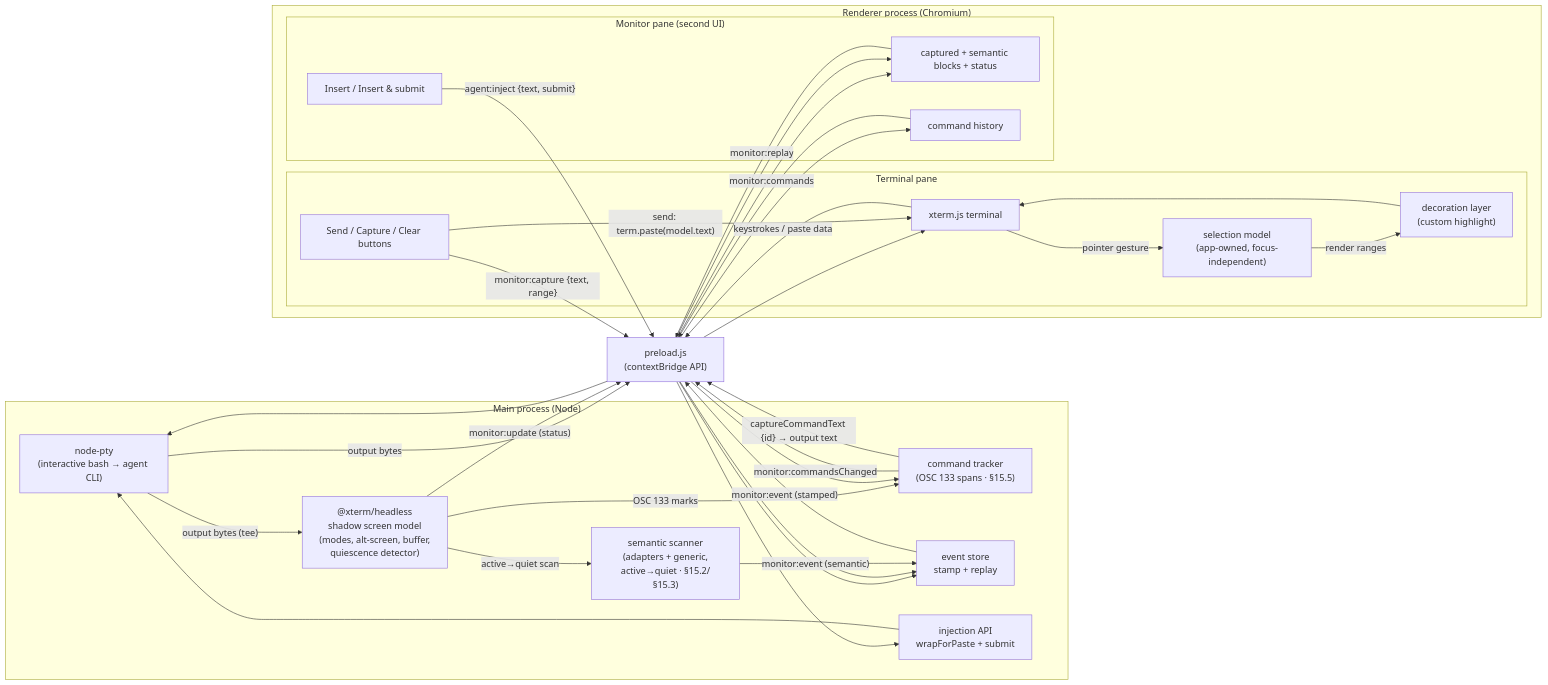
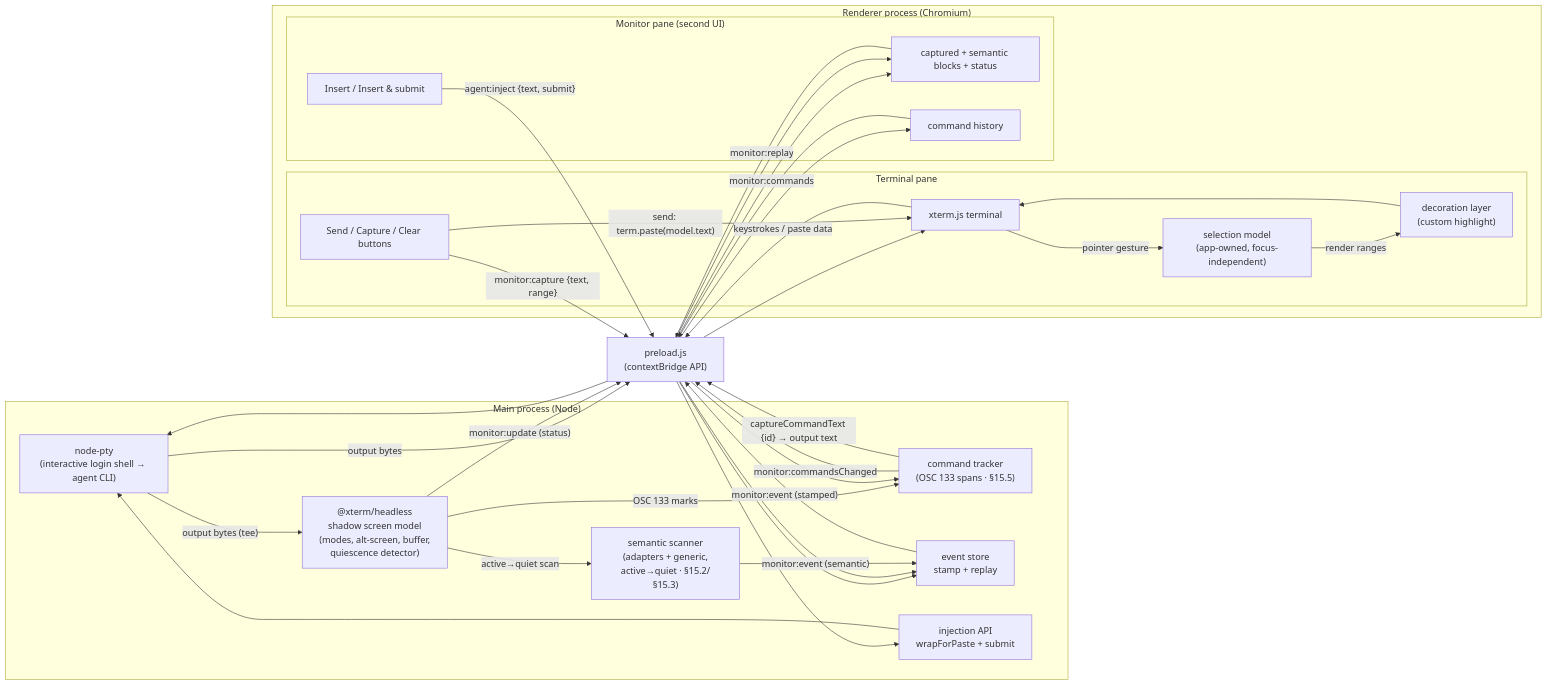
One commit to dylanb/agent-terminal changed the first of 2 diagrams in terminal-web-ui-spec.md. Above: the diagram before and after it, drawn with Mermaid. The commit also changed 2 other files, not shown here.

Commit message:
fix(review): address impl-loop minor findings [skip ci]
- pty.ts: spawnCwd docstring 'bash'->'shell' (drifted after $SHELL default)
- spec §4 diagram: PTY node 'interactive bash'->'interactive login shell'
- pty.test.ts: pin $SHELL-resolved non-bash OSC-133 suppression path

````diff
--- a/terminal-web-ui-spec.md
+++ b/terminal-web-ui-spec.md
@@ -314,43 +314,43 @@
 ```mermaid
 flowchart LR
     subgraph Main["Main process (Node)"]
-        PTY["node-pty<br/>(interactive bash → agent CLI)"]
+        PTY["node-pty<br/>(interactive login shell → agent CLI)"]
         SHADOW["@xterm/headless<br/>shadow screen model<br/>(modes, alt-screen, buffer,<br/>quiescence detector)"]
         SCAN["semantic scanner<br/>(adapters + generic,<br/>active→quiet · §15.2/§15.3)"]
         CMD["command tracker<br/>(OSC 133 spans · §15.5)"]
         STORE["event store<br/>stamp + replay"]
         INJ["injection API<br/>wrapForPaste + submit"]
     end
     subgraph Renderer["Renderer process (Chromium)"]
         subgraph TermPane["Terminal pane"]
             XT["xterm.js terminal"]
             SELMODEL["selection model<br/>(app-owned, focus-independent)"]
             DECO["decoration layer<br/>(custom highlight)"]
             BTN["Send / Capture / Clear buttons"]
         end
         subgraph MonPane["Monitor pane (second UI)"]
             LIST["captured + semantic blocks + status"]
             HIST["command history"]
             ACT["Insert / Insert & submit"]
         end
     end
     Preload["preload.js<br/>(contextBridge API)"]
 
     PTY -- "output bytes (tee)" --> SHADOW
     PTY -- "output bytes" --> Preload --> XT
     XT -- "keystrokes / paste data" --> Preload --> PTY
     XT -- "pointer gesture" --> SELMODEL
     SELMODEL -- "render ranges" --> DECO --> XT
     BTN -- "send: term.paste(model.text)" --> XT
     BTN -- "monitor:capture {text, range}" --> Preload --> STORE
     STORE -- "monitor:event (stamped)" --> Preload --> LIST
     LIST -- "monitor:replay" --> Preload --> STORE
     SHADOW -- "monitor:update (status)" --> Preload --> LIST
     SHADOW -- "active→quiet scan" --> SCAN
     SCAN -- "monitor:event (semantic)" --> STORE
     SHADOW -- "OSC 133 marks" --> CMD
     CMD -- "monitor:commandsChanged" --> Preload --> HIST
     HIST -- "monitor:commands" --> Preload --> CMD
     CMD -- "captureCommandText {id} → output text" --> Preload
     ACT -- "agent:inject {text, submit}" --> Preload --> INJ --> PTY
 ```
````
